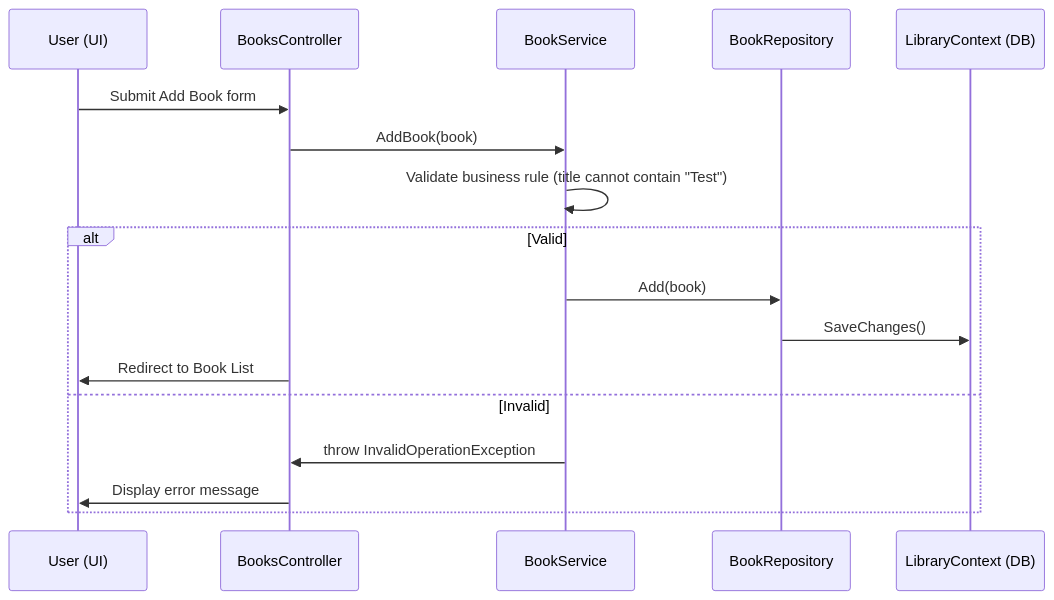
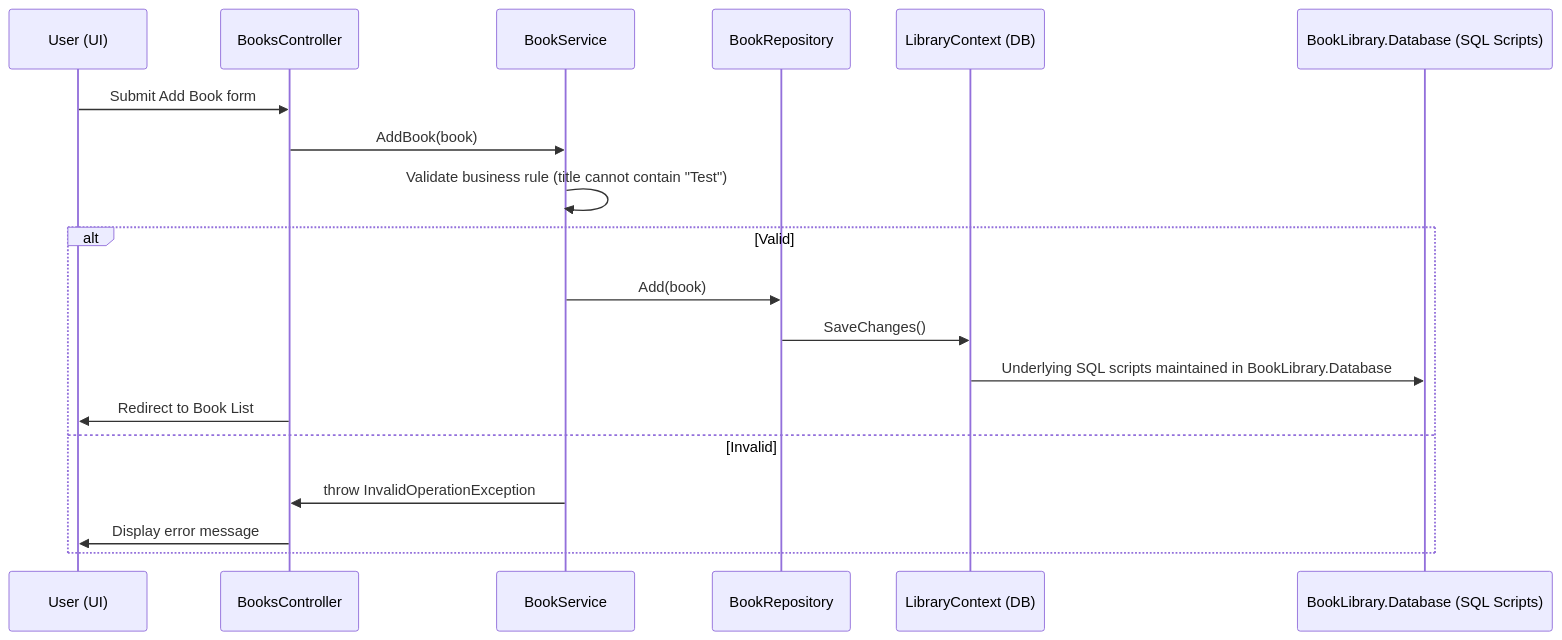
One commit to manojkumar-jmp/explore-demo-project changed the diagram in README.md. Above: the diagram before and after it, drawn with Mermaid. The commit also changed other lines of this file, not shown here.

````diff
--- a/README.md
+++ b/README.md
@@ -82,20 +82,22 @@
 ```mermaid
 sequenceDiagram
     participant U as User (UI)
     participant C as BooksController
     participant S as BookService
     participant R as BookRepository
     participant D as LibraryContext (DB)
+    participant SQL as BookLibrary.Database (SQL Scripts)
 
     U->>C: Submit Add Book form
     C->>S: AddBook(book)
     S->>S: Validate business rule (title cannot contain "Test")
     alt Valid
         S->>R: Add(book)
         R->>D: SaveChanges()
+        D->>SQL: Underlying SQL scripts maintained in BookLibrary.Database
         C->>U: Redirect to Book List
     else Invalid
         S->>C: throw InvalidOperationException
         C->>U: Display error message
     end
 ```
````
